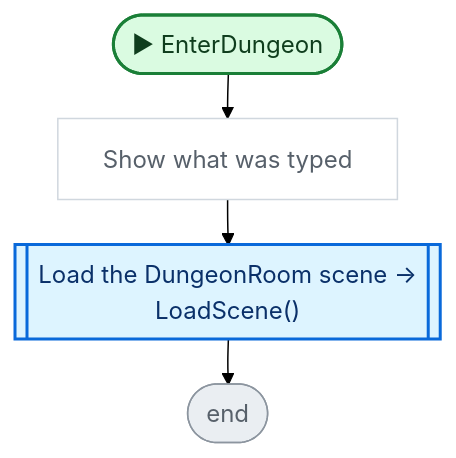
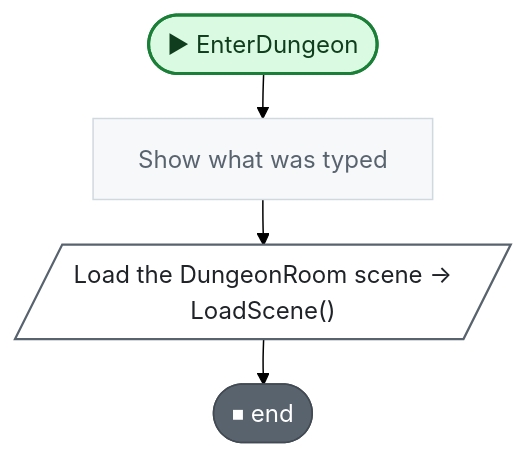
Before and after one commit to nataiai/Lord-of-the-Dungeon: the second of 2 diagrams in CodeGraph~/graph/Title.cs.md, drawn with Mermaid (forest theme). The commit also changed other lines of this file and 57 other files, not shown here.

````diff
--- a/CodeGraph~/graph/Title.cs.md
+++ b/CodeGraph~/graph/Title.cs.md
@@ -33,35 +35,35 @@
 ```mermaid
 ---
 config:
   flowchart:
     wrappingWidth: 260
     nodeSpacing: 26
     rankSpacing: 30
 ---
 flowchart TD
   nS(["▶ EnterDungeon"])
   nc6232d["Show what was typed"]
-  nc65fb0[["Load the DungeonRoom scene →<br>LoadScene()"]]
-  nE(["end"])
+  nc65fb0[/"Load the DungeonRoom scene →<br>LoadScene()"/]
+  nE(["⏹ end"])
   nS --> nc6232d
   nc6232d --> nc65fb0
   nc65fb0 --> nE
   classDef unity fill:#dafbe1,stroke:#1a7f37,stroke-width:2px,color:#0f3d1d
   classDef start fill:#dafbe1,stroke:#1a7f37,stroke-width:2px,color:#0f3d1d
-  classDef calc fill:#ffffff,stroke:#d0d7de,color:#57606a
+  classDef calc fill:#f6f8fa,stroke:#d1d9e0,color:#59636e
   classDef calls fill:#ddf4ff,stroke:#0969da,stroke-width:2px,color:#0a3069
-  classDef ext fill:#ddf4ff,stroke:#0969da,stroke-width:2px,stroke-dasharray:5 3,color:#0a3069
-  classDef cond fill:#fff8c5,stroke:#bf8700,stroke-width:1.5px,color:#3d2a00
-  classDef loop fill:#f6f8fa,stroke:#57606a,color:#1f2328
-  classDef exit fill:#ffebe9,stroke:#cf222e,color:#82071e
+  classDef ext fill:#f6f8fa,stroke:#59636e,stroke-width:1.5px,stroke-dasharray:5 5,color:#1f2328
+  classDef cond fill:#fff8c5,stroke:#9a6700,stroke-width:1.5px,color:#3d2a00
+  classDef loop fill:#fff8c5,stroke:#9a6700,color:#3d2a00
+  classDef wait fill:#fff8c5,stroke:#9a6700,color:#3d2a00
+  classDef exit fill:#59636e,stroke:#424a53,color:#ffffff
+  classDef fin fill:#59636e,stroke:#424a53,color:#ffffff
+  classDef act fill:#ffffff,stroke:#59636e,stroke-width:1.5px,color:#1f2328
   classDef kill fill:#ffebe9,stroke:#cf222e,stroke-width:2px,color:#82071e
-  classDef spawn fill:#dafbe1,stroke:#1a7f37,stroke-width:2px,color:#0f3d1d
-  classDef wait fill:#fff1e5,stroke:#bc4c00,color:#4d1d00
-  classDef fin fill:#eaeef2,stroke:#8c959f,color:#57606a
   classDef join fill:#d0d7de,stroke:#8c959f,color:#57606a
   classDef ghdr fill:#f5f9ff,stroke:#f5f9ff,color:#0a3069,font-weight:bold
+  class nc65fb0 act
   class nc6232d calc
-  class nc65fb0 calls
   class nE fin
   class nS start
 ```
````
